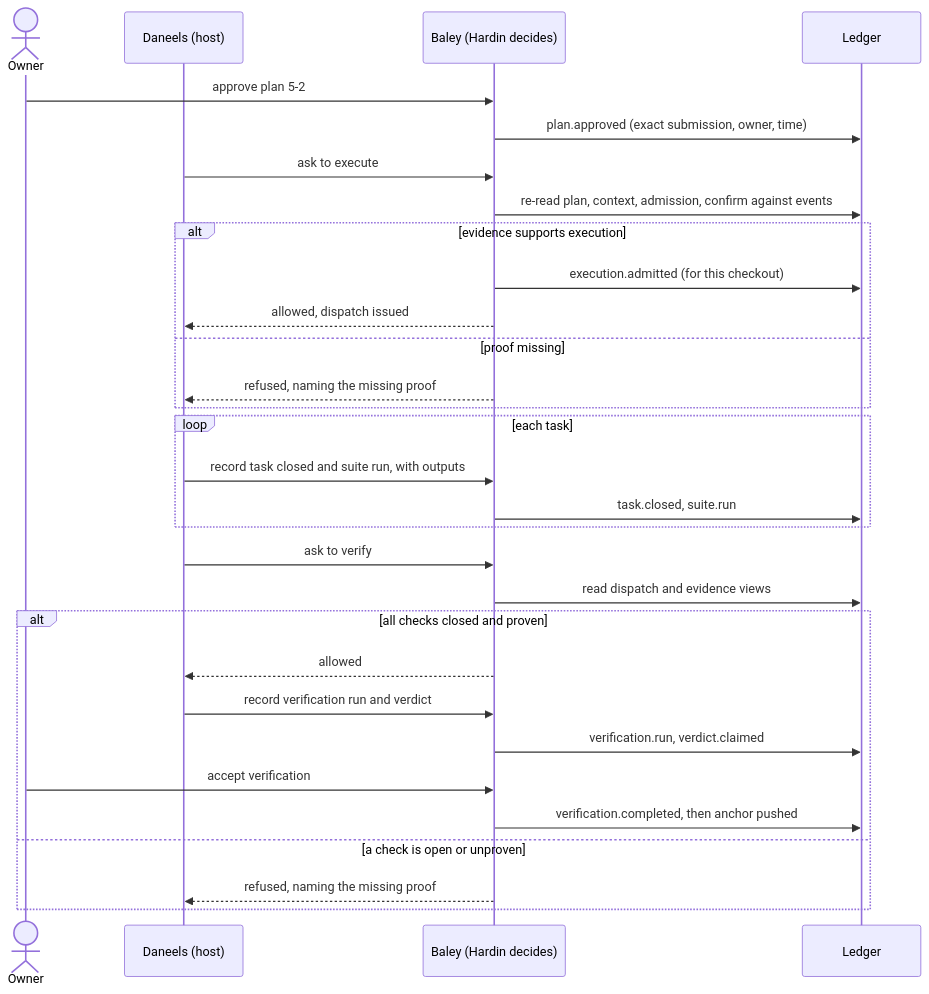
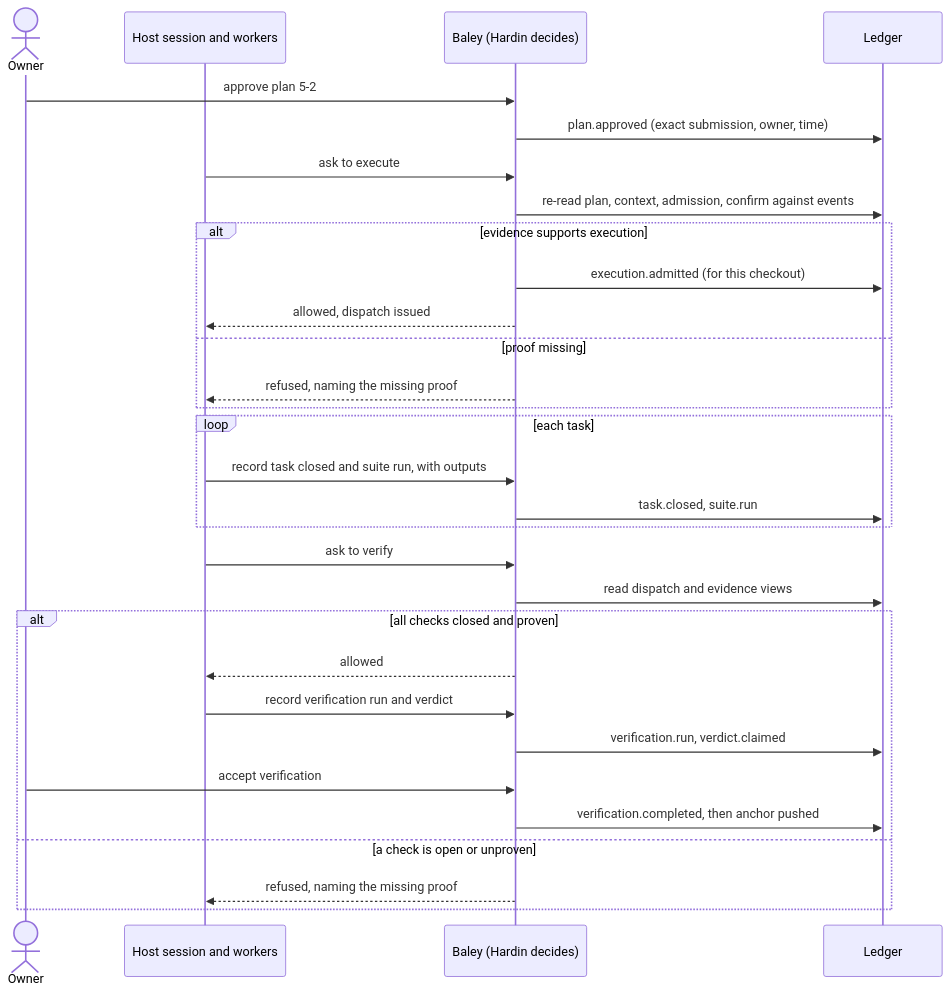
One commit to crenshawdev/baley changed diagram 13 of 14 in docs/design/0001-evidence-ledger.md. Above: the diagram before and after it, drawn with Mermaid. The commit also changed other lines of this file, not shown here.

First line of the commit message:
docs(design): call the agents workers in design 0001 and give the host one sandbox

````diff
--- a/docs/design/0001-evidence-ledger.md
+++ b/docs/design/0001-evidence-ledger.md
@@ -1136,32 +1136,32 @@
 ```mermaid
 sequenceDiagram
   actor O as Owner
-  participant D as Daneels (host)
+  participant D as Host session and workers
   participant B as Baley (Hardin decides)
   participant L as Ledger
   O->>B: approve plan 5-2
   B->>L: plan.approved (exact submission, owner, time)
   D->>B: ask to execute
   B->>L: re-read plan, context, admission, confirm against events
   alt evidence supports execution
     B->>L: execution.admitted (for this checkout)
     B-->>D: allowed, dispatch issued
   else proof missing
     B-->>D: refused, naming the missing proof
   end
   loop each task
     D->>B: record task closed and suite run, with outputs
     B->>L: task.closed, suite.run
   end
   D->>B: ask to verify
   B->>L: read dispatch and evidence views
   alt all checks closed and proven
     B-->>D: allowed
     D->>B: record verification run and verdict
     B->>L: verification.run, verdict.claimed
     O->>B: accept verification
     B->>L: verification.completed, then anchor pushed
   else a check is open or unproven
     B-->>D: refused, naming the missing proof
   end
 ```
````
